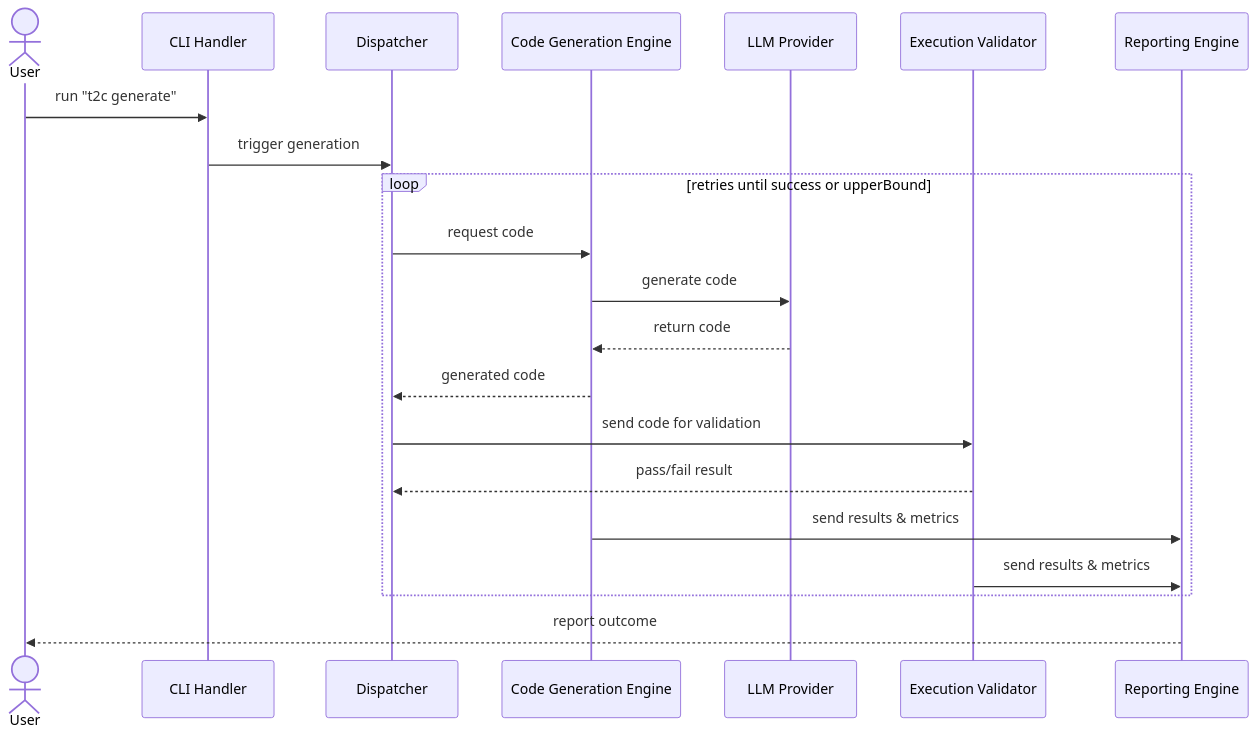
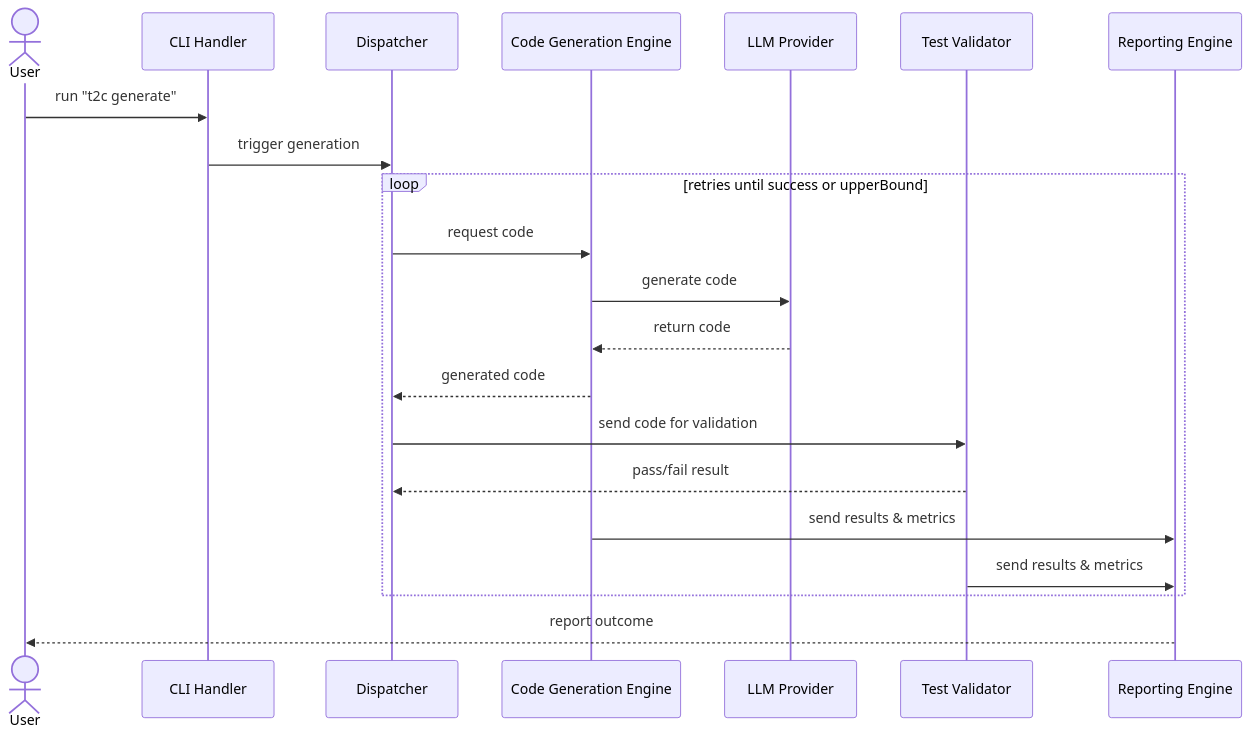
Before and after one commit to FilippoGurioli/test-2-code-llm: the second of 2 diagrams in docs/architecture.md, drawn with Mermaid. The commit also changed other lines of this file and 1 other file, not shown here.

Commit message:
docs: rename execution validator into test validator

````diff
--- a/docs/architecture.md
+++ b/docs/architecture.md
@@ -136,24 +136,24 @@
 ```mermaid
 sequenceDiagram
     actor User
     participant CLI as CLI Handler
     participant Dispatcher
     participant CGE as Code Generation Engine
     participant LLM as LLM Provider
-    participant EV as Execution Validator
+    participant EV as Test Validator
     participant ARE as Reporting Engine
 
     User ->> CLI: run "t2c generate"
     CLI ->> Dispatcher: trigger generation
     loop retries until success or upperBound
         Dispatcher ->> CGE: request code
         CGE ->> LLM: generate code
         LLM -->> CGE: return code
         CGE -->> Dispatcher: generated code
         Dispatcher ->> EV: send code for validation
         EV -->> Dispatcher: pass/fail result
         CGE ->> ARE: send results & metrics
         EV ->> ARE: send results & metrics
     end
     ARE -->> User: report outcome
 ```
````
